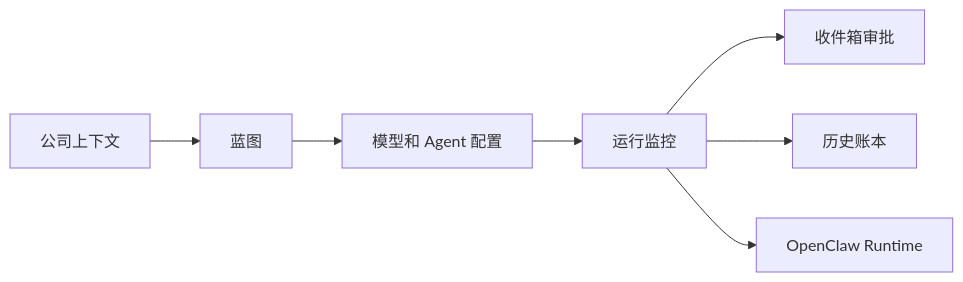
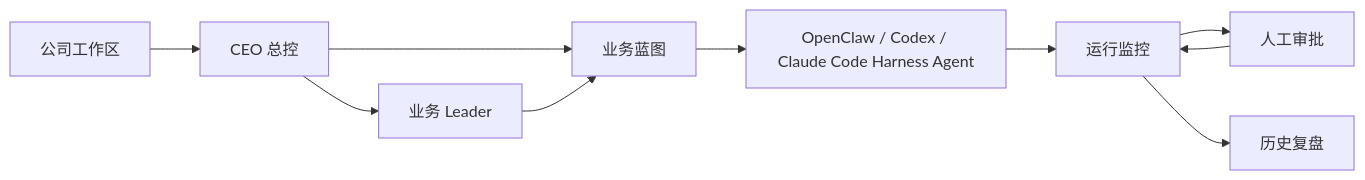
One commit to aaa2828338/HiveWard changed the diagram in README.md. Above: the diagram before and after it, drawn with Mermaid. The commit also changed other lines of this file and 5 other files, not shown here.

First line of the commit message:
Clarify HiveWard as the agent blueprint layer

````diff
--- a/README.md
+++ b/README.md
@@ -81,17 +74,21 @@
 ```mermaid
 graph LR
-  Company[公司上下文]
-  Blueprint[蓝图]
-  Models[模型和 Agent 配置]
+  Company[公司工作区]
+  CEO[CEO 总控]
+  Leader[业务 Leader]
+  Blueprint[业务蓝图]
+  Harness[OpenClaw / Codex / Claude Code Harness Agent]
   Run[运行监控]
-  Inbox[收件箱审批]
-  History[历史账本]
-  Runtime[OpenClaw Runtime]
+  Approval[人工审批]
+  History[历史复盘]
 
-  Company --> Blueprint
-  Blueprint --> Models
-  Models --> Run
-  Run --> Inbox
+  Company --> CEO
+  CEO --> Leader
+  CEO --> Blueprint
+  Leader --> Blueprint
+  Blueprint --> Harness
+  Harness --> Run
+  Run --> Approval
+  Approval --> Run
   Run --> History
-  Run --> Runtime
 ```
````
